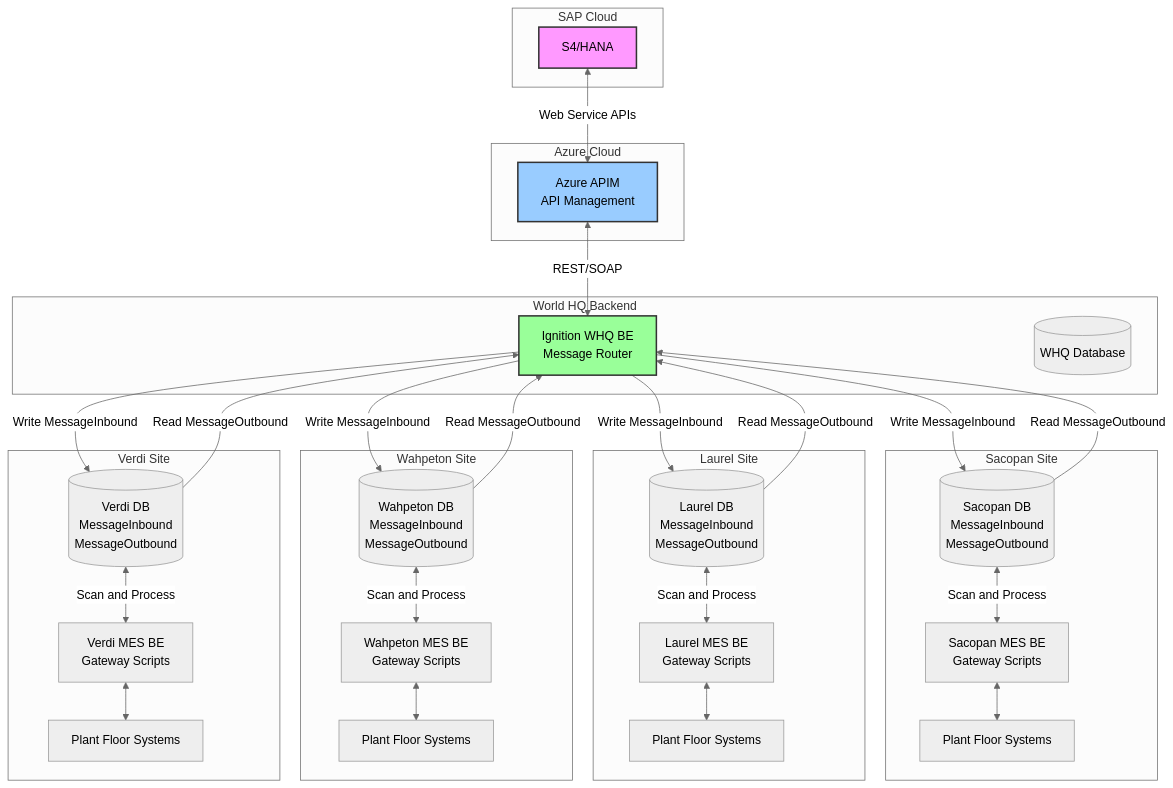
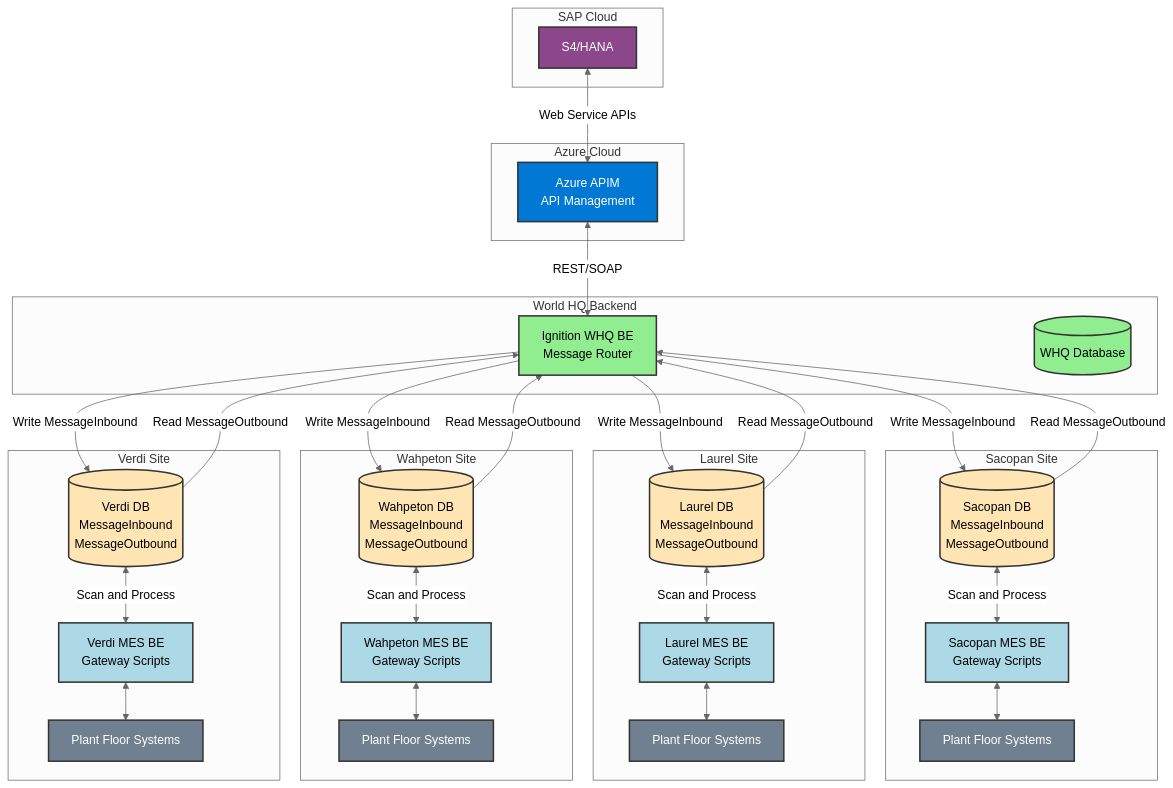
The first of 2 diagrams in Proposal/SAP_S4HANA_Integration_Proposal.md (grantek-systems-integration/Owens-Corning-Project-Phoenix), drawn with Mermaid (neutral theme) before and after one commit. The commit also changed other lines of this file and 3 other files, not shown here.

````diff
--- a/Proposal/SAP_S4HANA_Integration_Proposal.md
+++ b/Proposal/SAP_S4HANA_Integration_Proposal.md
@@ -85,7 +85,31 @@
     WDB --> |"Read MessageOutbound"| WHQ
     VDB --> |"Read MessageOutbound"| WHQ
     
-    style S4 fill:#ff99ff,stroke:#333,stroke-width:2px
-    style APIM fill:#99ccff,stroke:#333,stroke-width:2px
-    style WHQ fill:#99ff99,stroke:#333,stroke-width:2px
+    %%% SAP Cloud - Dark Purple background needs white text
+    style S4 fill:#8B4789,stroke:#333,stroke-width:2px,color:#fff
+    
+    %%% Azure - Medium Blue needs white text
+    style APIM fill:#0078D4,stroke:#333,stroke-width:2px,color:#fff
+    
+    %%% World HQ - Green needs black text
+    style WHQ fill:#90EE90,stroke:#333,stroke-width:2px,color:#000
+    style WHQDB fill:#90EE90,stroke:#333,stroke-width:2px,color:#000
+    
+    %%% Site Databases - Light yellow needs black text
+    style SDB fill:#FFE5B4,stroke:#333,stroke-width:2px,color:#000
+    style LDB fill:#FFE5B4,stroke:#333,stroke-width:2px,color:#000
+    style WDB fill:#FFE5B4,stroke:#333,stroke-width:2px,color:#000
+    style VDB fill:#FFE5B4,stroke:#333,stroke-width:2px,color:#000
+    
+    %%% MES Systems - Light blue needs black text
+    style SMES fill:#ADD8E6,stroke:#333,stroke-width:2px,color:#000
+    style LMES fill:#ADD8E6,stroke:#333,stroke-width:2px,color:#000
+    style WMES fill:#ADD8E6,stroke:#333,stroke-width:2px,color:#000
+    style VMES fill:#ADD8E6,stroke:#333,stroke-width:2px,color:#000
+    
+    %%% Plant Floor - Gray needs white text
+    style SPF fill:#708090,stroke:#333,stroke-width:2px,color:#fff
+    style LPF fill:#708090,stroke:#333,stroke-width:2px,color:#fff
+    style WPF fill:#708090,stroke:#333,stroke-width:2px,color:#fff
+    style VPF fill:#708090,stroke:#333,stroke-width:2px,color:#fff
 ```
````
